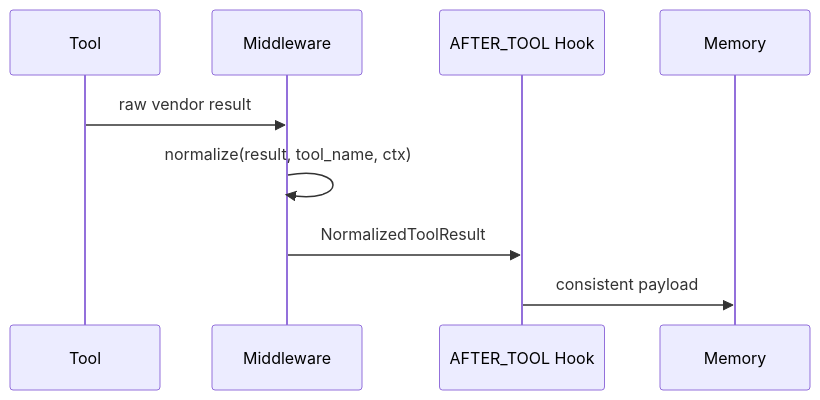
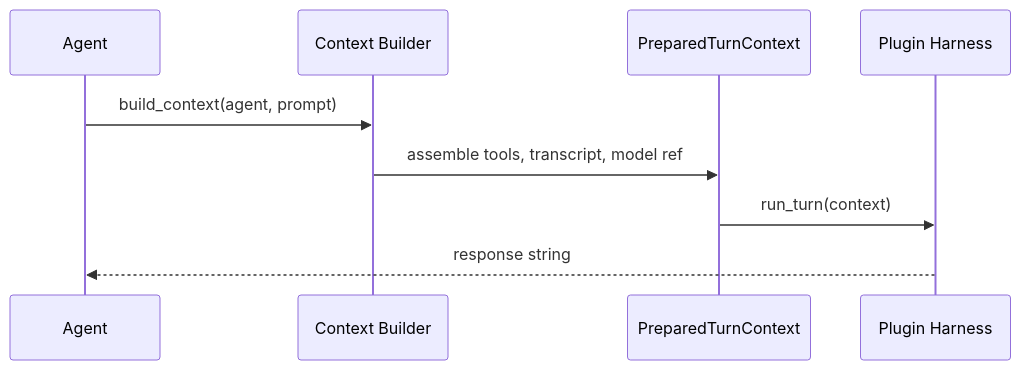
The second of 3 diagrams in docs/features/runtime-tool-result-middleware.mdx (MervinPraison/PraisonAIDocs), drawn with Mermaid before and after one commit. The commit also changed other lines of this file, not shown here.

First line of the commit message:
docs: fix SDK accuracy — replace non-existent middleware API with actual runtime module docs (fixes #662)

````diff
--- a/docs/features/runtime-tool-result-middleware.mdx
+++ b/docs/features/runtime-tool-result-middleware.mdx
@@ -93,12 +81,12 @@
 ```mermaid
 sequenceDiagram
-    participant Tool
-    participant Middleware
-    participant Hook as AFTER_TOOL Hook
-    participant Memory
+    participant Agent
+    participant Builder as Context Builder
+    participant Context as PreparedTurnContext
+    participant Harness as Plugin Harness
 
-    Tool->>Middleware: raw vendor result
-    Middleware->>Middleware: normalize(result, tool_name, ctx)
-    Middleware->>Hook: NormalizedToolResult
-    Hook->>Memory: consistent payload
+    Agent->>Builder: build_context(agent, prompt)
+    Builder->>Context: assemble tools, transcript, model ref
+    Context->>Harness: run_turn(context)
+    Harness-->>Agent: response string
 ```
````
